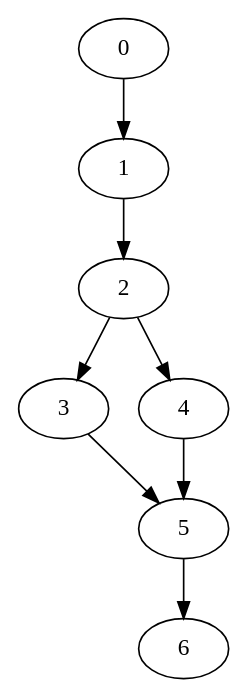
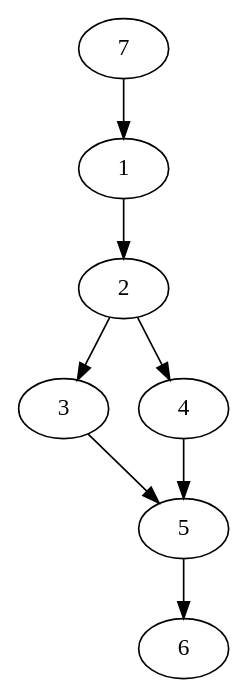
The diagram in src/systemtest/resources/mapFiles/reroutingTestMap.dot (sleeepyskies/saarvive-selab23), drawn with Graphviz before and after one commit. The commit also changed 27 other files, not shown here.

```diff
--- a/src/systemtest/resources/mapFiles/reroutingTestMap.dot
+++ b/src/systemtest/resources/mapFiles/reroutingTestMap.dot
@@ -1,18 +1,18 @@
 digraph G {
-	0;
+	7;
 	1;
 	2;
 	3;
 	4;
 	5;
 	6;
 
-	0 -> 1 [village=BikiniBottom; name=Main_Street; heightLimit=3; weight=10; primaryType=mainStreet; secondaryType=none;];
+	7 -> 1 [village=BikiniBottom; name=Main_Street; heightLimit=3; weight=10; primaryType=sideStreet; secondaryType=none;];
 	1 -> 2 [village=BikiniBottom; name=Friedrich_Street; heightLimit=3; weight=10; primaryType=mainStreet; secondaryType=none;];
 	2 -> 3 [village=BikiniBottom; name=Rose_Way; heightLimit=3; weight=10; primaryType=mainStreet; secondaryType=none;];
-	2 -> 4 [village=BikiniBottom; name=Railway_Station_Road; heightLimit=3; weight=10; primaryType=mainStreet; secondaryType=none;];
+	2 -> 4 [village=BikiniBottom; name=Railway_Station_Road2; heightLimit=3; weight=10; primaryType=mainStreet; secondaryType=none;];
 	3 -> 5 [village=BikiniBottom; name=Oak_Street; heightLimit=3; weight=10; primaryType=mainStreet; secondaryType=none;];
 	4 -> 5 [village=BikiniBottom; name=Railway_Station_Road; heightLimit=3; weight=20; primaryType=mainStreet; secondaryType=none;];
 	5 -> 6 [village=BikiniBottom; name=Mill_Lane; heightLimit=3; weight=10; primaryType=mainStreet; secondaryType=none;];
 
 }
```
